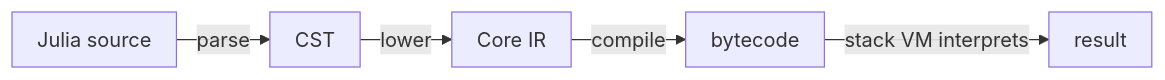
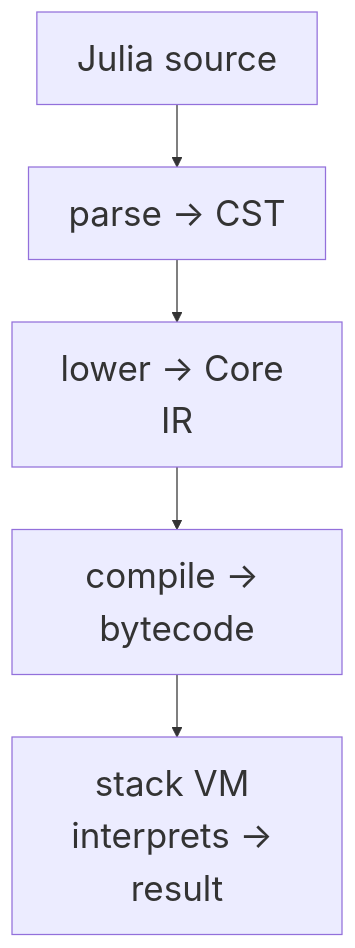
Before and after one commit to AtelierArith/AtelierArith_JuliaCon2026_talk: the diagram in slide/slide.qmd, drawn with Mermaid. The commit also changed other lines of this file and 2 other files, not shown here.

````diff
--- a/slide/slide.qmd
+++ b/slide/slide.qmd
@@ -75,5 +75,8 @@
 ```{mermaid}
-%%{init: {"flowchart": {"useMaxWidth": false, "nodeSpacing": 25, "rankSpacing": 32, "padding": 10}}}%%
-flowchart LR
-  SRC["Julia source"] -- parse --> CST["CST"] -- lower --> IR["Core IR"] -- compile --> BC["bytecode"] -- "stack VM interprets" --> OUT["result"]
+%%{init: {"themeVariables": {"fontSize": "28px"}, "flowchart": {"useMaxWidth": false, "nodeSpacing": 40, "rankSpacing": 50, "padding": 16}}}%%
+flowchart TB
+  SRC["Julia source"] --> CST["parse → CST"]
+  CST --> IR["lower → Core IR"]
+  IR --> BC["compile → bytecode"]
+  BC --> OUT["stack VM interprets → result"]
 ```
````
